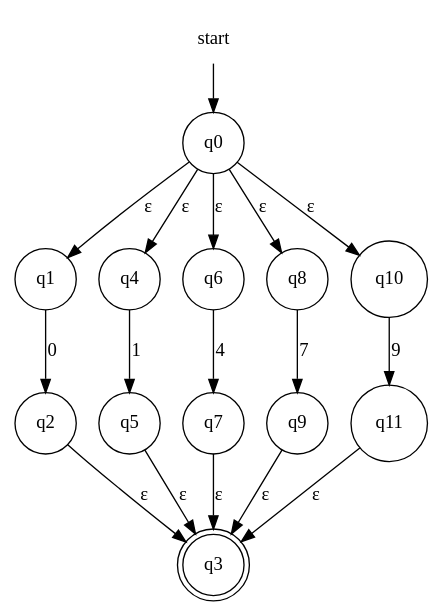
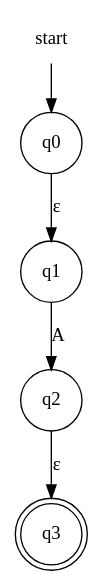
One commit to evertheylen/TA_TO changed the diagram in fase1/RE-eNFA/regex_12.dot. Above: the diagram before and after it, drawn with Graphviz. The commit also changed 22 other files, not shown here.

Commit message:
Regex naar eNFA is nu product quality code, met comments, er is wel 1 conventie voor de input regex nl ==> concateneren moet gebeuren aan de hand van een . git add -A

```diff
--- a/fase1/RE-eNFA/regex_12.dot
+++ b/fase1/RE-eNFA/regex_12.dot
@@ -1,21 +1,9 @@
 digraph automaton {
     node [shape=none]; start;
     node [shape=doublecircle]; "q3";
     node [shape=circle];
     start -> "q0";
     "q0" -> "q1" [label="&epsilon;"];
-    "q0" -> "q4" [label="&epsilon;"];
-    "q0" -> "q6" [label="&epsilon;"];
-    "q0" -> "q8" [label="&epsilon;"];
-    "q0" -> "q10" [label="&epsilon;"];
-    "q1" -> "q2" [label="0"];
+    "q1" -> "q2" [label="A"];
     "q2" -> "q3" [label="&epsilon;"];
-    "q4" -> "q5" [label="1"];
-    "q5" -> "q3" [label="&epsilon;"];
-    "q6" -> "q7" [label="4"];
-    "q7" -> "q3" [label="&epsilon;"];
-    "q8" -> "q9" [label="7"];
-    "q9" -> "q3" [label="&epsilon;"];
-    "q10" -> "q11" [label="9"];
-    "q11" -> "q3" [label="&epsilon;"];
 }
```
